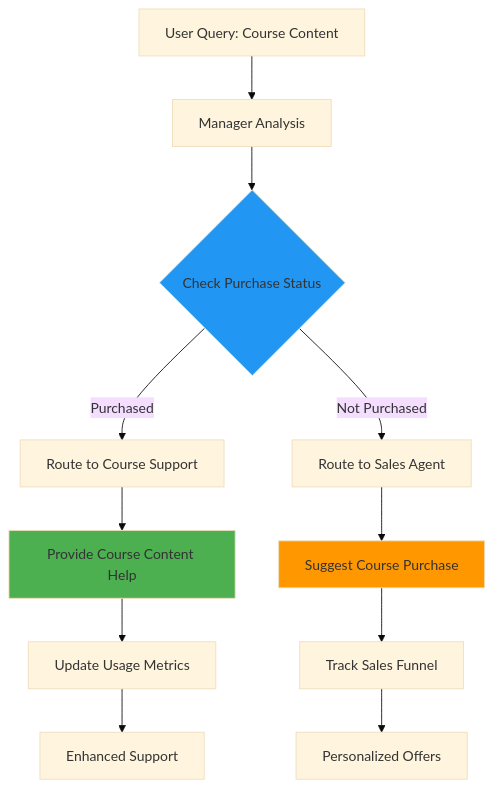
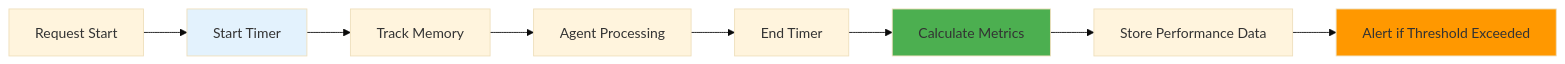
One commit to Yash-Kavaiya/agent-development-kit-crash-course changed the fifth of 28 diagrams in 9-callbacks/README.md. Above: the diagram before and after it, drawn with Mermaid (base theme). The commit also changed other lines of this file, not shown here.

````diff
--- a/9-callbacks/README.md
+++ b/9-callbacks/README.md
@@ -209,21 +162,14 @@
 ```mermaid
-graph TD
-    A[User Query: Course Content] --> B[Manager Analysis]
-    B --> C{Check Purchase Status}
+graph LR
+    A[Request Start] --> B[Start Timer]
+    B --> C[Track Memory]
+    C --> D[Agent Processing]
+    D --> E[End Timer]
+    E --> F[Calculate Metrics]
+    F --> G[Store Performance Data]
+    G --> H[Alert if Threshold Exceeded]
     
-    C -->|Purchased| D[Route to Course Support]
-    C -->|Not Purchased| E[Route to Sales Agent]
-    
-    D --> F[Provide Course Content Help]
-    E --> G[Suggest Course Purchase]
-    
-    F --> H[Update Usage Metrics]
-    G --> I[Track Sales Funnel]
-    
-    H --> J[Enhanced Support]
-    I --> K[Personalized Offers]
-    
-    style C fill:#2196f3
+    style B fill:#e3f2fd
     style F fill:#4caf50
-    style G fill:#ff9800
+    style H fill:#ff9800
 ```
````
